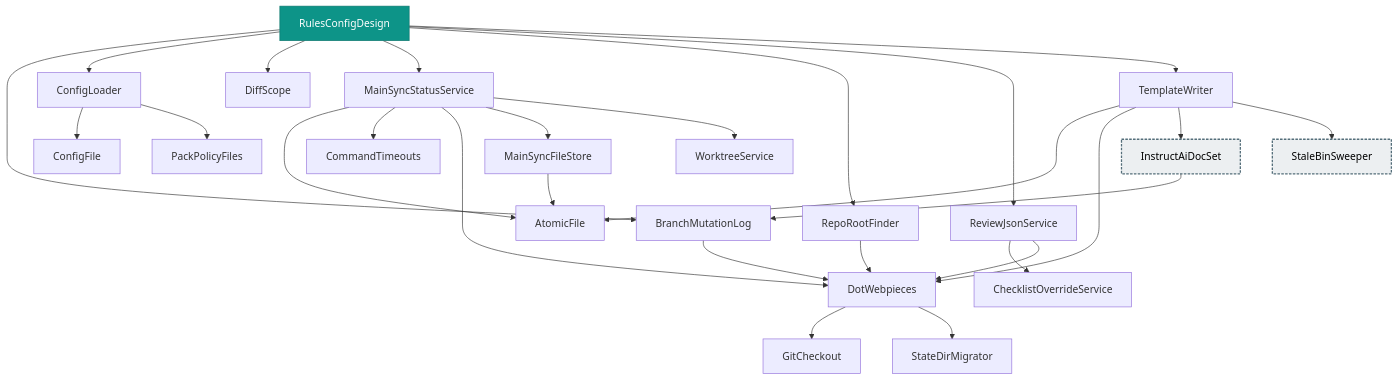
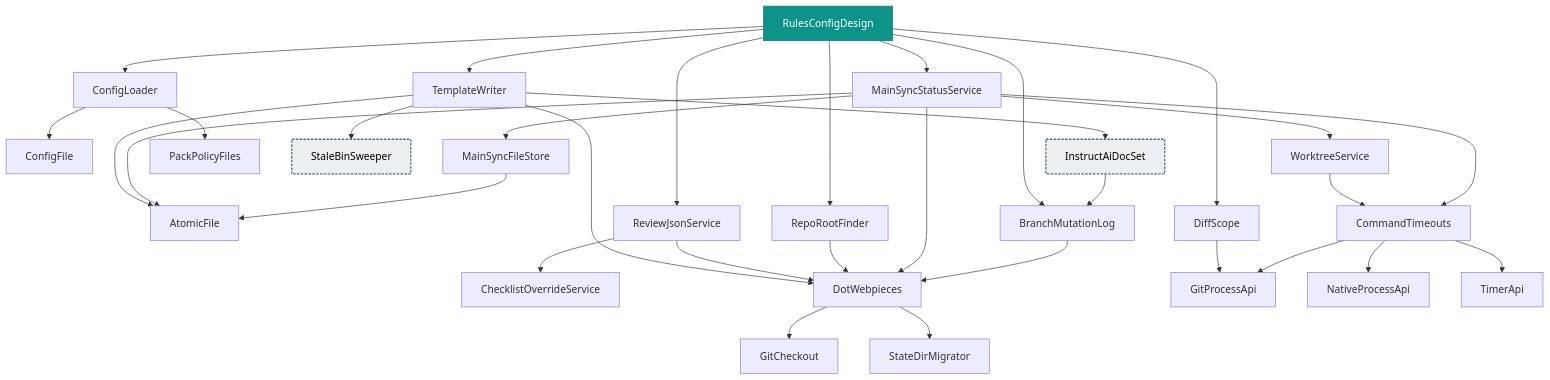
One commit to deanhiller/webpieces-ts changed the diagram in packages/tooling/rules-config/design.md. Above: the diagram before and after it, drawn with Mermaid. The commit also changed 152 other files, not shown here.

First line of the commit message:
Route rules-config and repo-workflow-core through the process edges, and test them with scripted git (#1384)

````diff
--- a/packages/tooling/rules-config/design.md
+++ b/packages/tooling/rules-config/design.md
@@ -13,56 +13,64 @@
 ```mermaid
 graph TD
     AtomicFile["AtomicFile"]
     BranchMutationLog["BranchMutationLog"]
     ChecklistOverrideService["ChecklistOverrideService"]
     CommandTimeouts["CommandTimeouts"]
     ConfigFile["ConfigFile"]
     ConfigLoader["ConfigLoader"]
     DiffScope["DiffScope"]
     DotWebpieces["DotWebpieces"]
     GitCheckout["GitCheckout"]
+    GitProcessApi["GitProcessApi"]
     InstructAiDocSet["InstructAiDocSet"]:::many
     MainSyncFileStore["MainSyncFileStore"]
     MainSyncStatusService["MainSyncStatusService"]
+    NativeProcessApi["NativeProcessApi"]
     PackPolicyFiles["PackPolicyFiles"]
     RepoRootFinder["RepoRootFinder"]
     ReviewJsonService["ReviewJsonService"]
     RulesConfigDesign["RulesConfigDesign"]:::apiImpl
     StaleBinSweeper["StaleBinSweeper"]:::many
     StateDirMigrator["StateDirMigrator"]
     TemplateWriter["TemplateWriter"]
+    TimerApi["TimerApi"]
     WorktreeService["WorktreeService"]
     BranchMutationLog --> DotWebpieces
+    CommandTimeouts --> GitProcessApi
+    CommandTimeouts --> NativeProcessApi
+    CommandTimeouts --> TimerApi
     ConfigLoader --> ConfigFile
     ConfigLoader --> PackPolicyFiles
+    DiffScope --> GitProcessApi
     DotWebpieces --> GitCheckout
     DotWebpieces --> StateDirMigrator
     InstructAiDocSet --> BranchMutationLog
     MainSyncFileStore --> AtomicFile
     MainSyncStatusService --> AtomicFile
     MainSyncStatusService --> CommandTimeouts
     MainSyncStatusService --> DotWebpieces
     MainSyncStatusService --> MainSyncFileStore
     MainSyncStatusService --> WorktreeService
     RepoRootFinder --> DotWebpieces
     ReviewJsonService --> ChecklistOverrideService
     ReviewJsonService --> DotWebpieces
     RulesConfigDesign --> BranchMutationLog
     RulesConfigDesign --> ConfigLoader
     RulesConfigDesign --> DiffScope
     RulesConfigDesign --> MainSyncStatusService
     RulesConfigDesign --> RepoRootFinder
     RulesConfigDesign --> ReviewJsonService
     RulesConfigDesign --> TemplateWriter
     TemplateWriter --> AtomicFile
     TemplateWriter --> DotWebpieces
     TemplateWriter --> InstructAiDocSet
     TemplateWriter --> StaleBinSweeper
+    WorktreeService --> CommandTimeouts
     classDef controller fill:#1f6feb,color:#ffffff,stroke:#0d419d
     classDef apiImpl fill:#0d9488,color:#ffffff,stroke:#0f766e
     classDef component fill:#2da44e,color:#ffffff,stroke:#1a7f37
     classDef unresolved fill:#f0ad4e,color:#000000,stroke:#b8860b,stroke-dasharray: 5 5
     classDef external fill:#b39ddb,color:#000000,stroke:#5e35b1,stroke-width:3px
     classDef api fill:#4fc3f7,color:#000000,stroke:#0277bd,stroke-width:3px
     classDef many fill:#eceff1,color:#000000,stroke:#546e7a,stroke-width:2px,stroke-dasharray: 4 2
 ```
````
